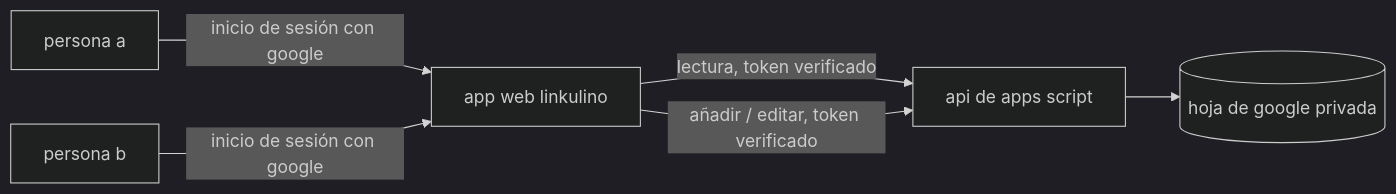
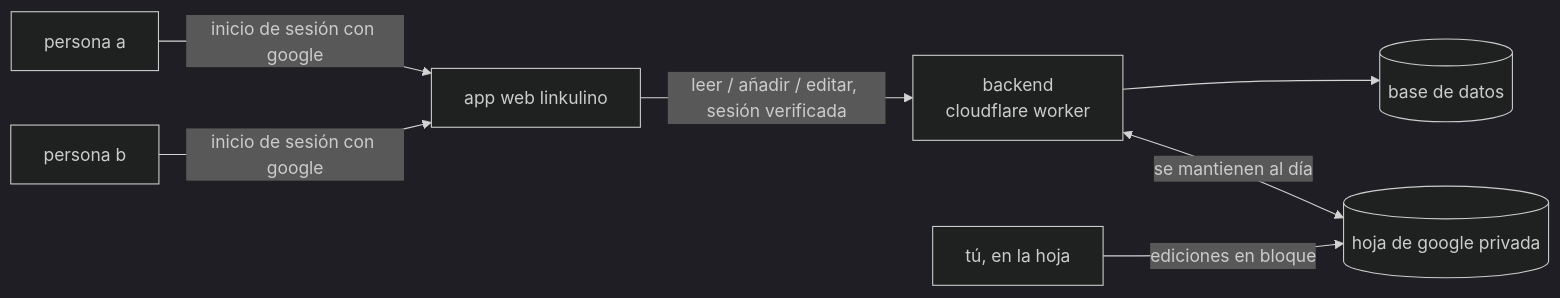
Before and after one commit to leandroestrella/linkulino: the diagram in README.es.md, drawn with Mermaid. The commit also changed other lines of this file and 4 other files, not shown here.

Commit message:
docs: the three readmes, the deployment guide and the translations guide for the app as it is on the worker backend: how it works, the stack, running your own instance, the two environments, shipping backend changes, and where the languages and shared strings now come from (LNDR-272)

````diff
--- a/README.es.md
+++ b/README.es.md
@@ -15,9 +15,10 @@
 ```mermaid
 %%{init: {'theme': 'dark'}}%%
 flowchart LR
     A[persona a] -->|inicio de sesión con google| SPA[app web linkulino]
     B[persona b] -->|inicio de sesión con google| SPA
-    SPA -->|lectura, token verificado| GAS[api de apps script]
-    SPA -->|añadir / editar, token verificado| GAS
-    GAS --> SHEET[(hoja de google privada)]
+    SPA -->|leer / añadir / editar, sesión verificada| API[backend<br/>cloudflare worker]
+    API --> DB[(base de datos)]
+    API <-->|se mantienen al día| SHEET[(hoja de google privada)]
+    YOU[tú, en la hoja] -->|ediciones en bloque| SHEET
 ```
````
